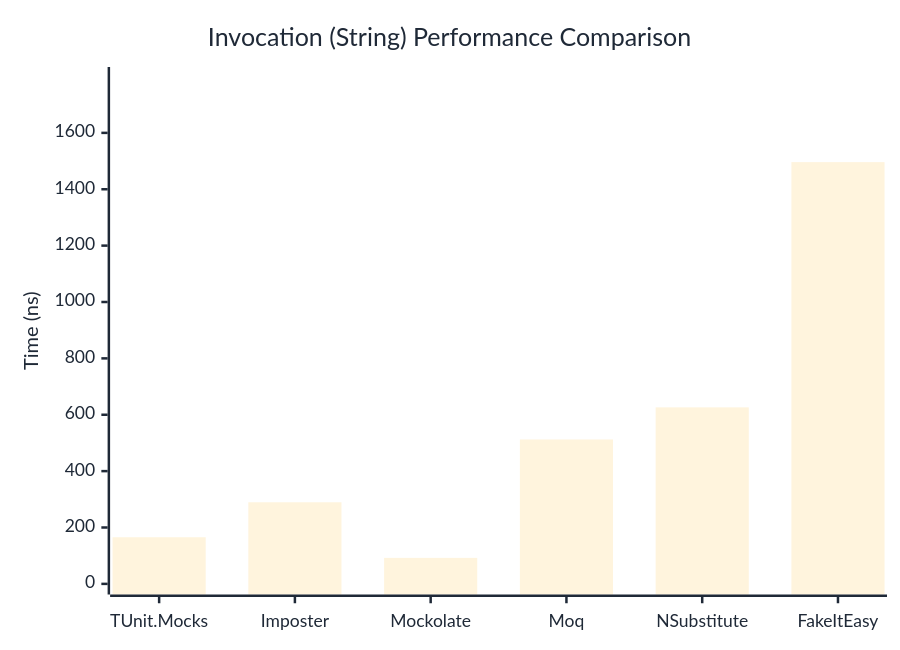
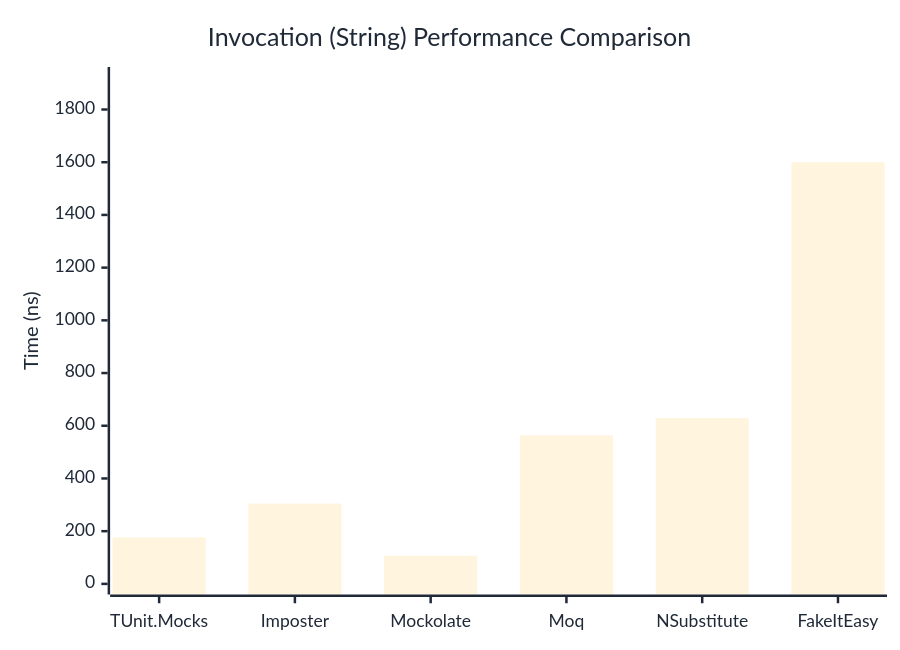
Before and after one commit to thomhurst/TUnit: the second of 3 diagrams in docs/docs/benchmarks/mocks/Invocation.md, drawn with Mermaid. The commit also changed other lines of this file and 14 other files, not shown here.

````diff
--- a/docs/docs/benchmarks/mocks/Invocation.md
+++ b/docs/docs/benchmarks/mocks/Invocation.md
@@ -71,27 +71,27 @@
 ```mermaid
 %%{init: {
   'theme':'base',
   'themeVariables': {
     'primaryColor': '#2563eb',
     'primaryTextColor': '#1f2937',
     'primaryBorderColor': '#1e40af',
     'lineColor': '#6b7280',
     'secondaryColor': '#7c3aed',
     'tertiaryColor': '#dc2626',
     'background': '#ffffff',
     'pie1': '#2563eb',
     'pie2': '#7c3aed',
     'pie3': '#dc2626',
     'pie4': '#f59e0b',
     'pie5': '#10b981',
     'pie6': '#06b6d4',
     'pie7': '#ec4899',
     'pie8': '#6366f1'
   }
 }}%%
 xychart-beta
   title "Invocation (String) Performance Comparison"
   x-axis ["TUnit.Mocks", "Imposter", "Mockolate", "Moq", "NSubstitute", "FakeItEasy"]
-  y-axis "Time (ns)" 0 --> 1796
-  bar [165.4, 289.5, 92.25, 512.3, 626.16, 1496.21]
+  y-axis "Time (ns)" 0 --> 1921
+  bar [176.1, 304.9, 106.8, 563.4, 628.9, 1600.1]
 ```
````
